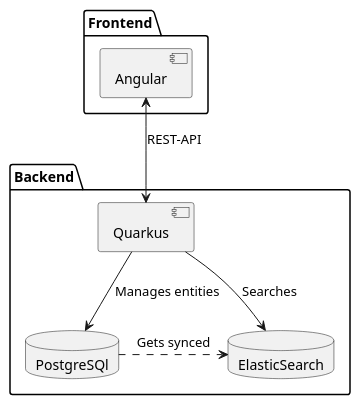
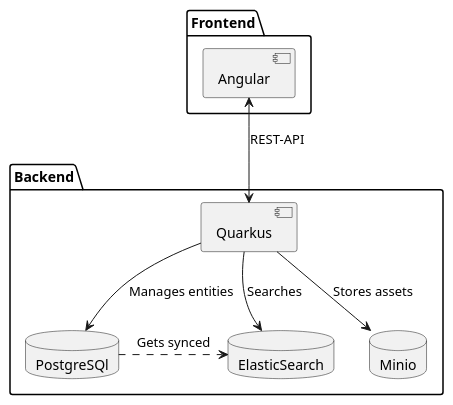
The diagram in diagrams/architecture.puml (documents-manager/knowledge-base), drawn with PlantUML before and after one commit. The commit also changed 1 other file, not shown here.

Commit message:
Add minio

```diff
--- a/diagrams/architecture.puml
+++ b/diagrams/architecture.puml
@@ -1,15 +1,17 @@
 @startuml archtecture
 package Frontend {
     component [Angular] as fe
 }
 package Backend {
     database ElasticSearch as es
     component [Quarkus] as be
     database PostgreSQl as db
+    database Minio as minio
 }
 
 fe <--> be: REST-API
 be --> es: Searches
 be --> db: Manages entities
+be --> minio: Stores assets
 db .> es: Gets synced
 @enduml
```
